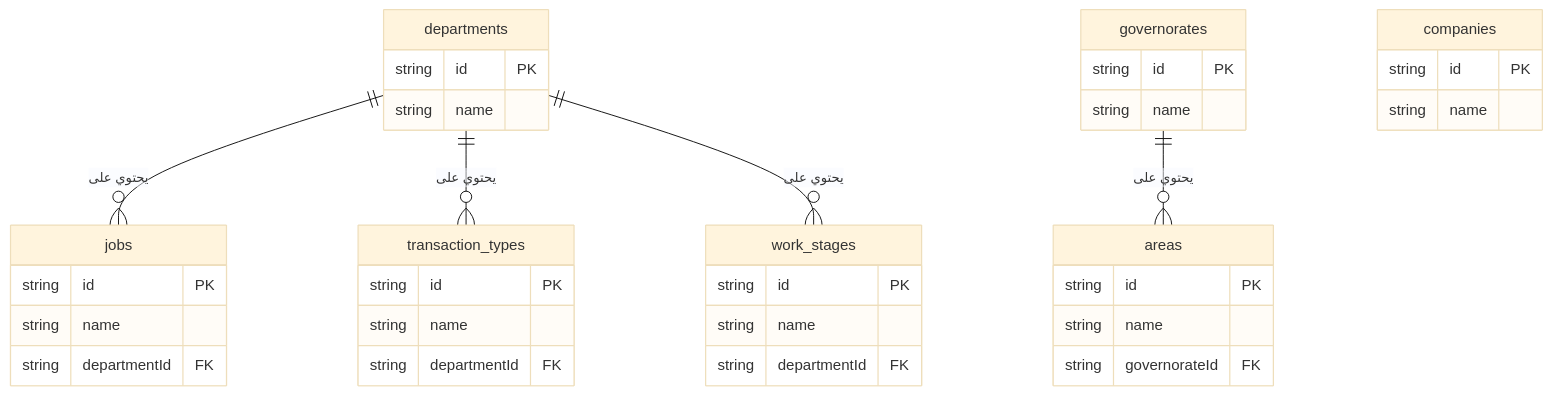
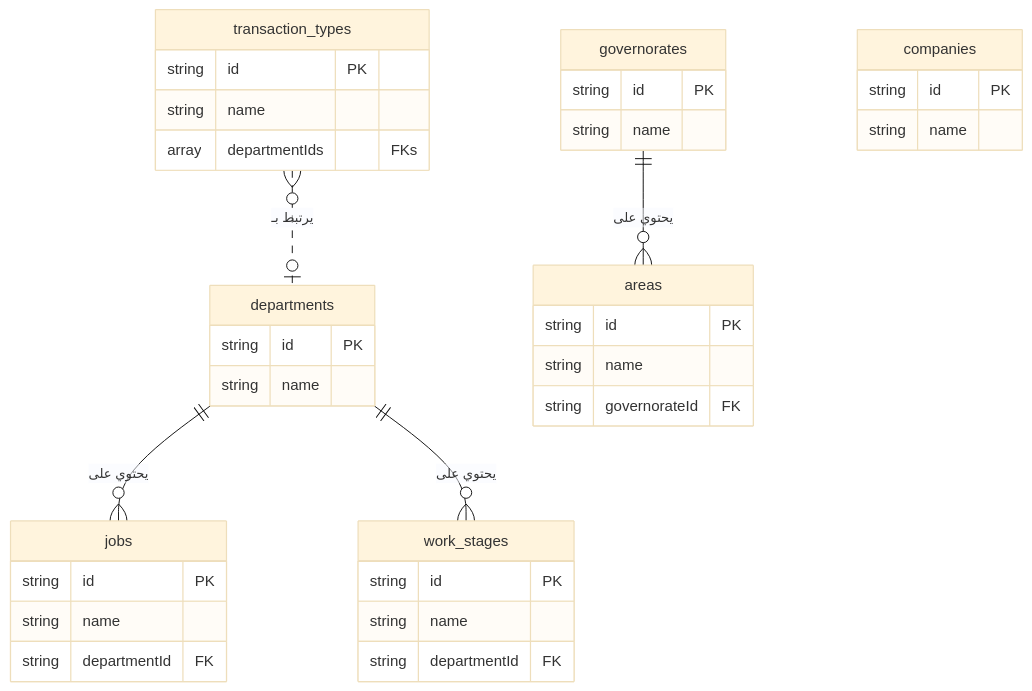
One commit to a3laaw/Nova-erp changed the diagram in docs/reference_data_schema.md. Above: the diagram before and after it, drawn with Mermaid (base theme). The commit also changed other lines of this file and 1 other file, not shown here.

````diff
--- a/docs/reference_data_schema.md
+++ b/docs/reference_data_schema.md
@@ -9,40 +9,40 @@
 ```mermaid
 erDiagram
     departments {
         string id PK
         string name
     }
     jobs {
         string id PK
         string name
         string departmentId FK
     }
     transaction_types {
         string id PK
         string name
-        string departmentId FK
+        array departmentIds "FKs"
     }
     work_stages {
         string id PK
         string name
         string departmentId FK
     }
     governorates {
         string id PK
         string name
     }
     areas {
         string id PK
         string name
         string governorateId FK
     }
     companies {
         string id PK
         string name
     }
 
     departments ||--o{ jobs : "يحتوي على"
-    departments ||--o{ transaction_types : "يحتوي على"
     departments ||--o{ work_stages : "يحتوي على"
     governorates ||--o{ areas : "يحتوي على"
+    transaction_types }o..o| departments : "يرتبط بـ"
 ```
````
